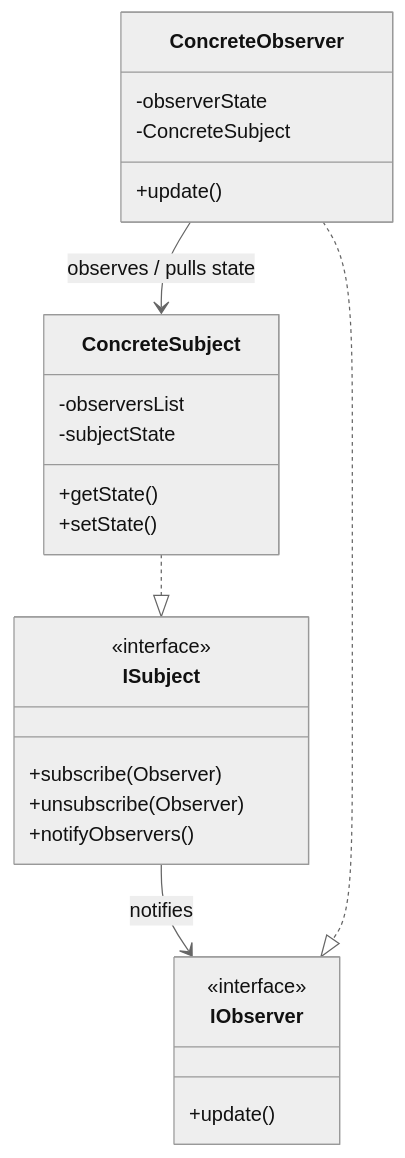
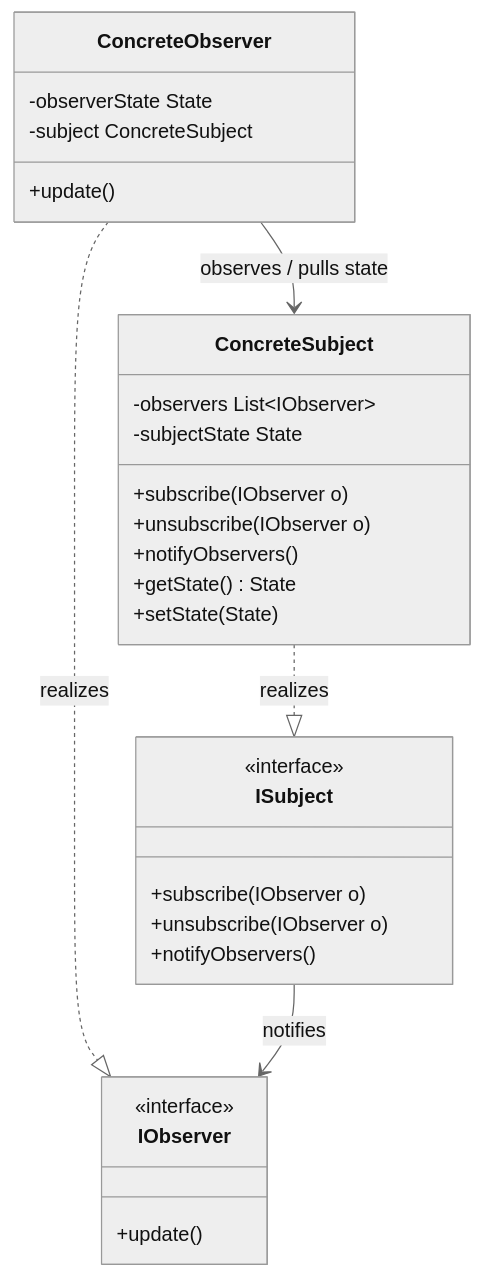
The diagram in notes/6_Observer Pattern/6_Observer Pattern.md (dasakash26/system-design), drawn with Mermaid (neutral theme) before and after one commit. The commit also changed other lines of this file and 33 other files, not shown here.

````diff
--- a/notes/6_Observer Pattern/6_Observer Pattern.md
+++ b/notes/6_Observer Pattern/6_Observer Pattern.md
@@ -11,28 +22,33 @@
 ```mermaid
 classDiagram
+    direction TB
     class ISubject {
         <<interface>>
-        +subscribe(Observer)
-        +unsubscribe(Observer)
+        +subscribe(IObserver o)
+        +unsubscribe(IObserver o)
         +notifyObservers()
     }
     class IObserver {
         <<interface>>
         +update()
     }
     class ConcreteSubject {
-        -observersList
-        -subjectState
-        +getState()
-        +setState()
+        -observers List~IObserver~
+        -subjectState State
+        +subscribe(IObserver o)
+        +unsubscribe(IObserver o)
+        +notifyObservers()
+        +getState() State
+        +setState(State)
     }
     class ConcreteObserver {
-        -observerState
-        -ConcreteSubject
+        -observerState State
+        -subject ConcreteSubject
         +update()
     }
+
+    ConcreteSubject ..|> ISubject : realizes
+    ConcreteObserver ..|> IObserver : realizes
     ISubject --> IObserver : notifies
-    ConcreteSubject ..|> ISubject
-    ConcreteObserver ..|> IObserver
     ConcreteObserver --> ConcreteSubject : observes / pulls state
 ```
````
